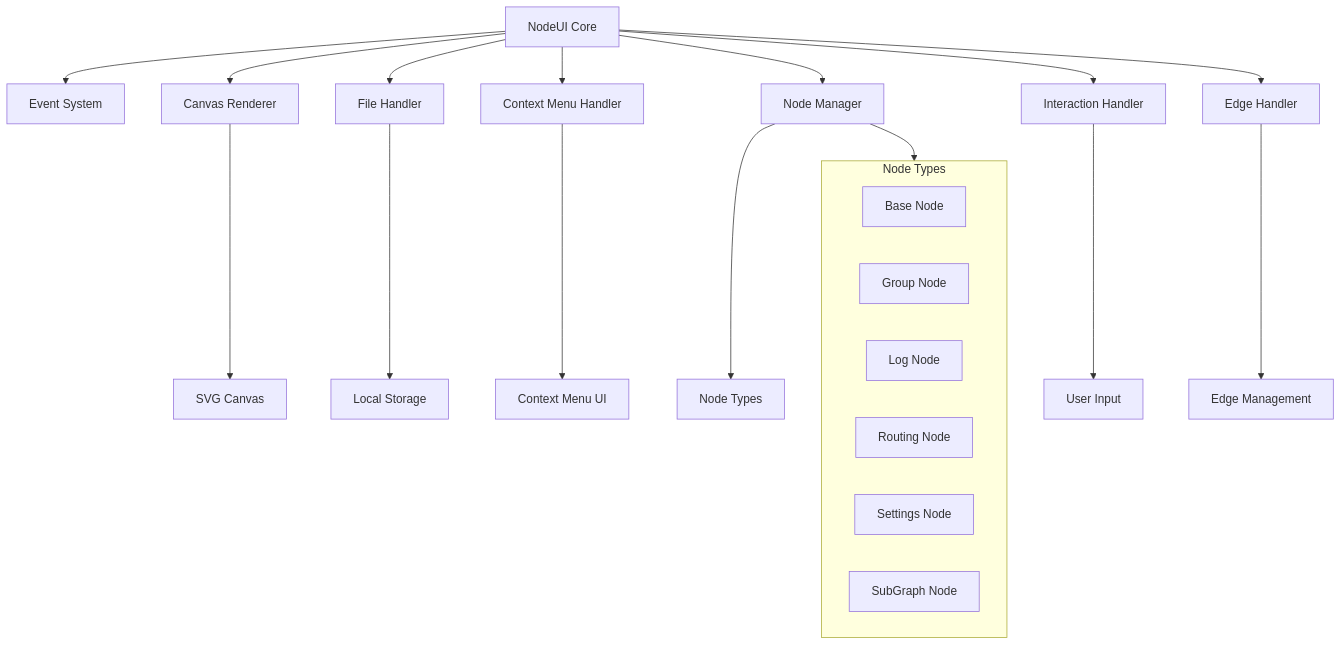
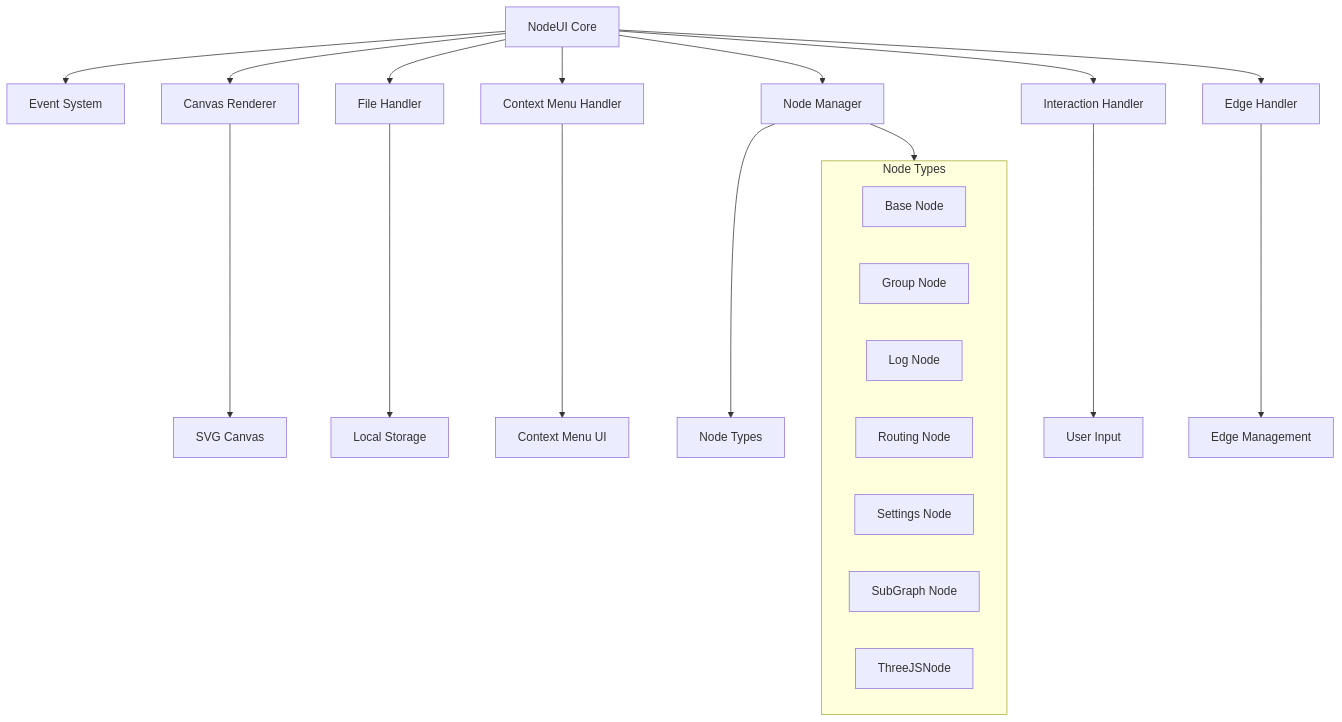
Before and after one commit to DangerDrome/NodeUI: the first of 4 diagrams in memory-bank/systemPatterns.md, drawn with Mermaid. The commit also changed other lines of this file and 13 other files, not shown here.

Commit message:
Enhancement: Introduce ThreeJSNode for 3D viewport integration, including performance optimizations to eliminate flickering and improve rendering. Update context menu and styles to support new node type, and enhance documentation to reflect the addition of 3D visualization capabilities.

````diff
--- a/memory-bank/systemPatterns.md
+++ b/memory-bank/systemPatterns.md
@@ -6,28 +6,29 @@
 ```mermaid
 flowchart TD
     NodeUI[NodeUI Core] --> Events[Event System]
     NodeUI --> CanvasRenderer[Canvas Renderer]
     NodeUI --> FileHandler[File Handler]
     NodeUI --> ContextMenuHandler[Context Menu Handler]
     NodeUI --> NodeManager[Node Manager]
     NodeUI --> InteractionHandler[Interaction Handler]
     NodeUI --> EdgeHandler[Edge Handler]
     
     CanvasRenderer --> SVG[SVG Canvas]
     FileHandler --> Storage[Local Storage]
     ContextMenuHandler --> ContextMenu[Context Menu UI]
     NodeManager --> Nodes[Node Types]
     InteractionHandler --> Input[User Input]
     EdgeHandler --> Edges[Edge Management]
     
     subgraph nodes[Node Types]
         BaseNode[Base Node]
         GroupNode[Group Node]
         LogNode[Log Node]
         RoutingNode[Routing Node]
         SettingsNode[Settings Node]
         SubGraphNode[SubGraph Node]
+        ThreeJSNode[ThreeJSNode]
     end
     
     NodeManager --> nodes
 ```
````
